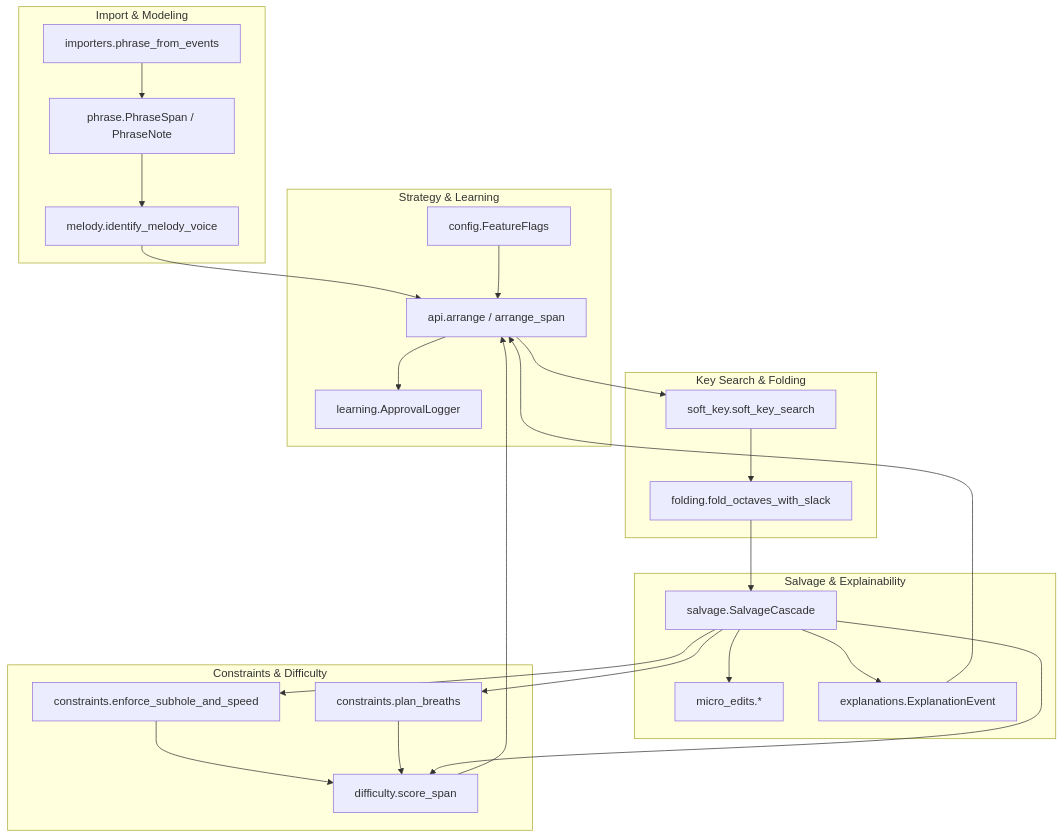
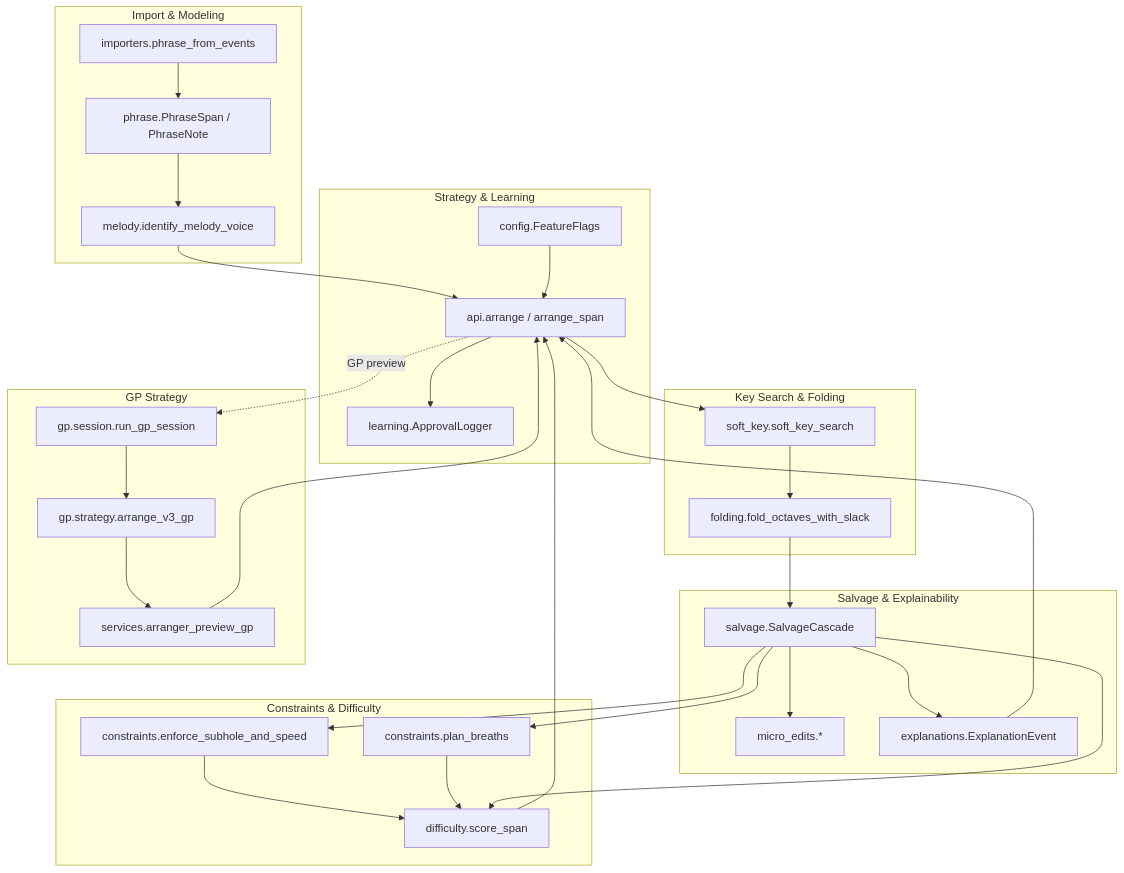
One commit to TunaEngine/OcarinaArranger changed the second of 3 diagrams in docs/arranger_algorithm_overview.md. Above: the diagram before and after it, drawn with Mermaid. The commit also changed other lines of this file and 82 other files, not shown here.

````diff
--- a/docs/arranger_algorithm_overview.md
+++ b/docs/arranger_algorithm_overview.md
@@ -53,44 +63,52 @@
 ```mermaid
 flowchart TD
     subgraph Import & Modeling
         I1[importers.phrase_from_events]
         I2[phrase.PhraseSpan / PhraseNote]
         I3[melody.identify_melody_voice]
     end
 
     subgraph Key Search & Folding
         K1[soft_key.soft_key_search]
         K2[folding.fold_octaves_with_slack]
     end
 
     subgraph Constraints & Difficulty
         C1[constraints.enforce_subhole_and_speed]
         C2[constraints.plan_breaths]
         C3[difficulty.score_span]
     end
 
     subgraph Salvage & Explainability
         S1[salvage.SalvageCascade]
         S2[micro_edits.*]
         S3[explanations.ExplanationEvent]
     end
 
+    subgraph GP Strategy
+        G1[gp.session.run_gp_session]
+        G2[gp.strategy.arrange_v3_gp]
+        G3[services.arranger_preview_gp]
+    end
+
     subgraph Strategy & Learning
         R1[api.arrange / arrange_span]
         R2[config.FeatureFlags]
         R3[learning.ApprovalLogger]
     end
 
     I1 --> I2 --> I3 --> R1
     R1 --> K1 --> K2 --> S1
     S1 --> C1
     S1 --> C2
     S1 --> S2
     C1 --> C3
     C2 --> C3
     S1 --> C3
     C3 --> R1
     S1 --> S3 --> R1
     R1 --> R3
     R2 --> R1
+    R1 -. GP preview .-> G1
+    G1 --> G2 --> G3 --> R1
 ```
````
